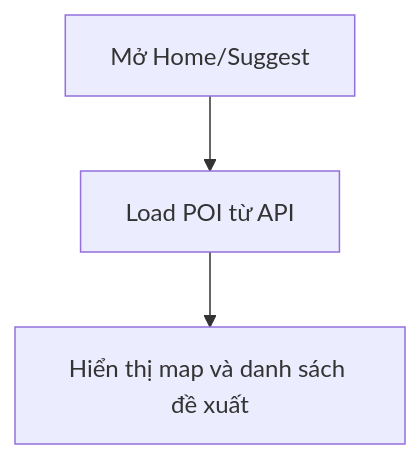
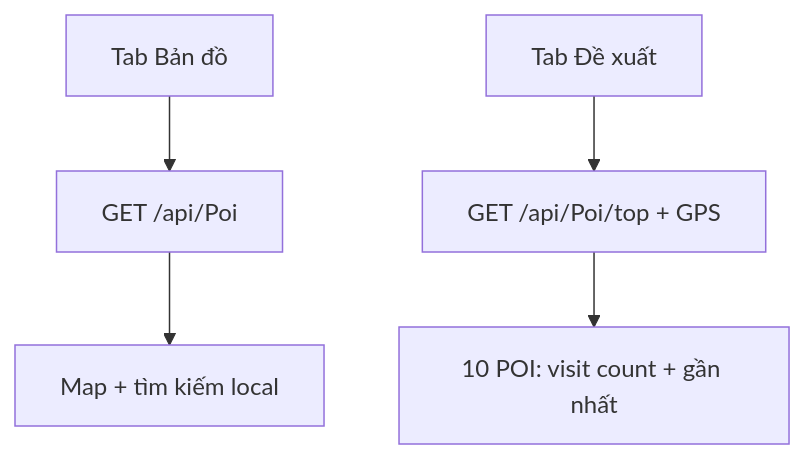
Diagram 31 of 55 in prd.md (NguyenPhuc-Du/StreetFood), drawn with Mermaid before and after one commit. The commit also changed other lines of this file and 8 other files, not shown here.

````diff
--- a/prd.md
+++ b/prd.md
@@ -1121,5 +1225,7 @@
 ```mermaid
 flowchart TD
-    A0[Mở Home/Suggest] --> A1[Load POI từ API]
-    A1 --> A2[Hiển thị map và danh sách đề xuất]
+    A0[Tab Bản đồ] --> A1[GET /api/Poi]
+    A1 --> A2[Map + tìm kiếm local]
+    B0[Tab Đề xuất] --> B1[GET /api/Poi/top + GPS]
+    B1 --> B2[10 POI: visit count + gần nhất]
 ```
````
